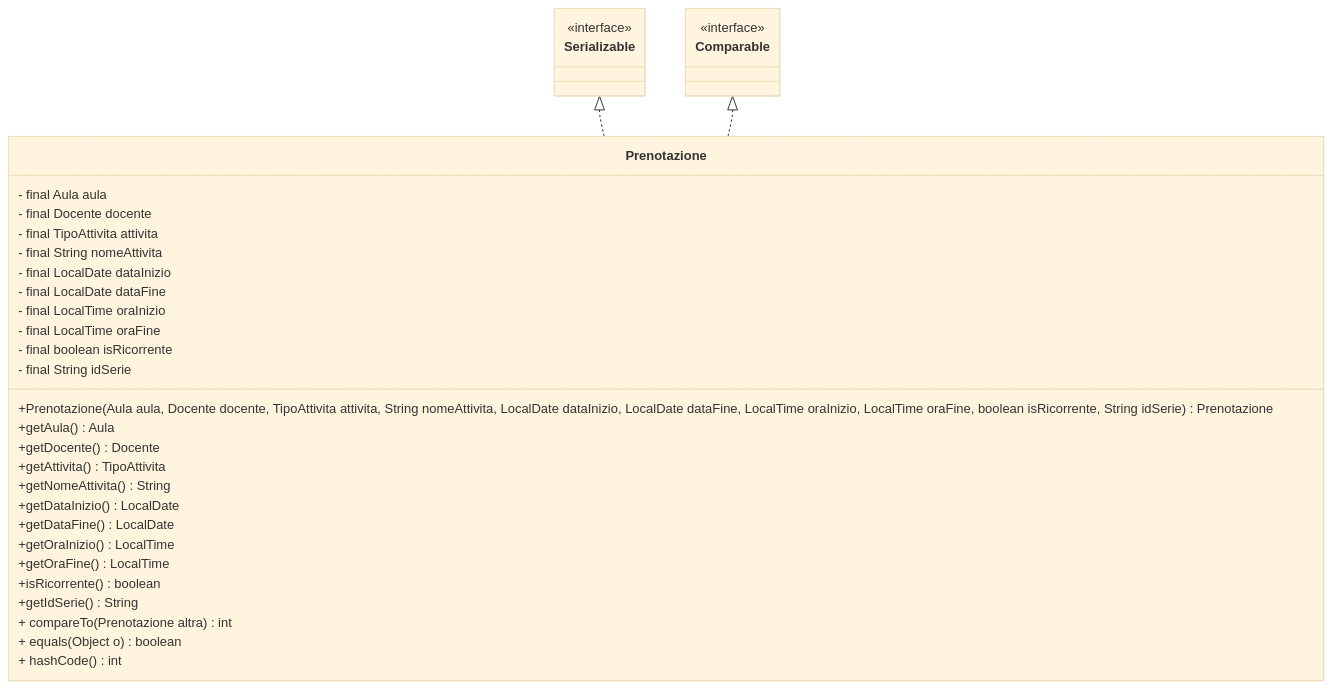
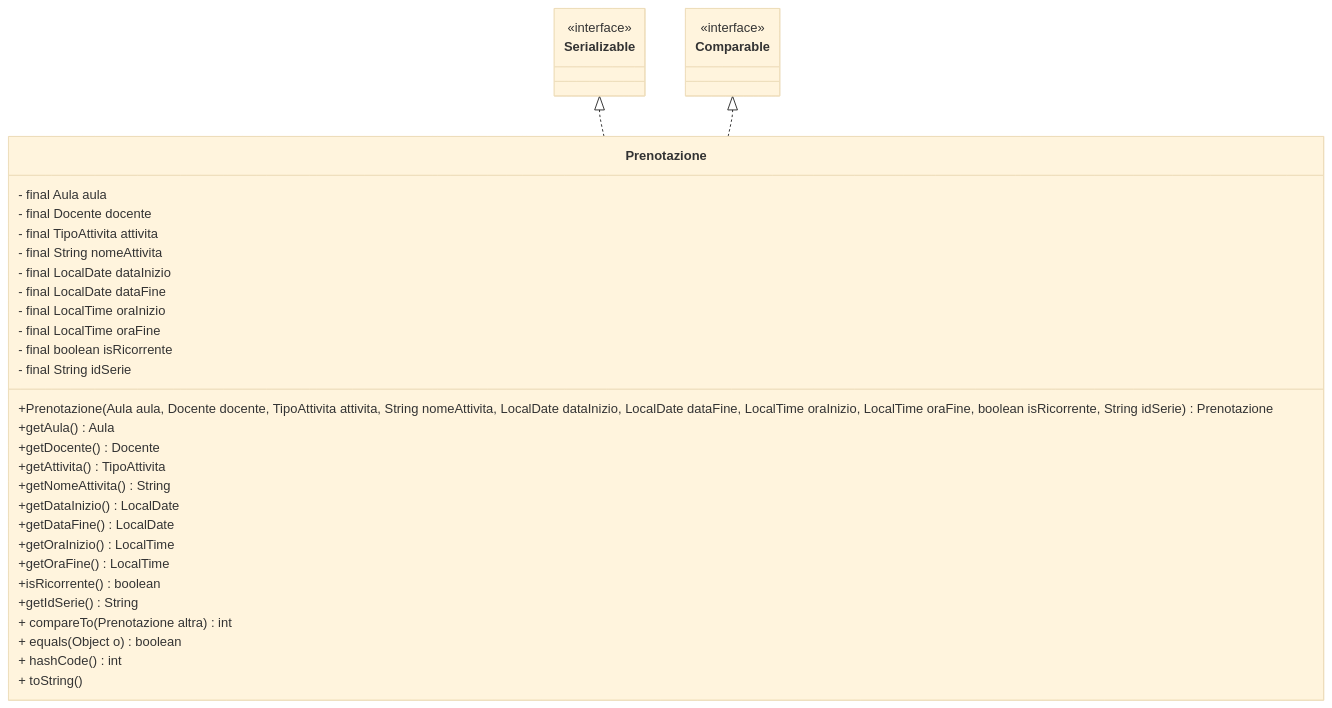
The diagram in diagrams/prenotazioneClassDiagram.md (gcarbone48/PrenotazioneAule5), drawn with Mermaid (base theme) before and after one commit. The commit also changed 5 other files, not shown here.

Commit message:
FEAT: aggiunta del package entities, in cui verranno inserite le classi di base Aggiunta dello scheletro della classe Aula FIX: Aggiunta del metodo toString nei diagrammi di classe

````diff
--- a/diagrams/prenotazioneClassDiagram.md
+++ b/diagrams/prenotazioneClassDiagram.md
@@ -1,49 +1,49 @@
 ```mermaid
 classDiagram
 
     class Serializable {
              <<interface>>
     }
     class Comparable {
              <<interface>>
     }
 
     Serializable <|.. Prenotazione
     Comparable <|.. Prenotazione
 
 
  class Prenotazione{
         - final Aula aula
         - final Docente docente
         - final TipoAttivita attivita
         - final String nomeAttivita
         - final LocalDate dataInizio
         - final LocalDate dataFine
         - final LocalTime oraInizio
         - final LocalTime oraFine
         - final boolean isRicorrente
         - final String idSerie 
         %% codice interno x controlli nostri
         
         %%Costruttore 
         +Prenotazione(Aula aula, Docente docente, TipoAttivita attivita, String nomeAttivita, LocalDate dataInizio, LocalDate dataFine, LocalTime oraInizio, LocalTime oraFine, boolean isRicorrente, String idSerie) Prenotazione
         +getAula() Aula
         +getDocente() Docente
         +getAttivita() TipoAttivita
         +getNomeAttivita() String
         +getDataInizio() LocalDate
         +getDataFine() LocalDate
         +getOraInizio() LocalTime
         +getOraFine() LocalTime
         +isRicorrente() boolean
         +getIdSerie() String
 
 
         + compareTo(Prenotazione altra) int
         + equals(Object o) boolean
         + hashCode() int
-
+        + toString()
         
 
     }
 ```
````
